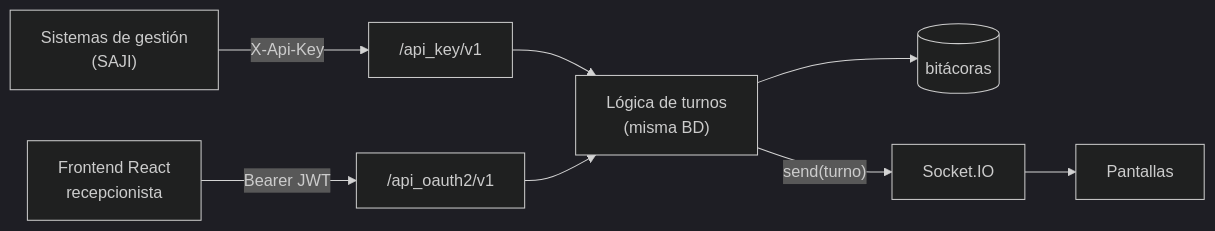
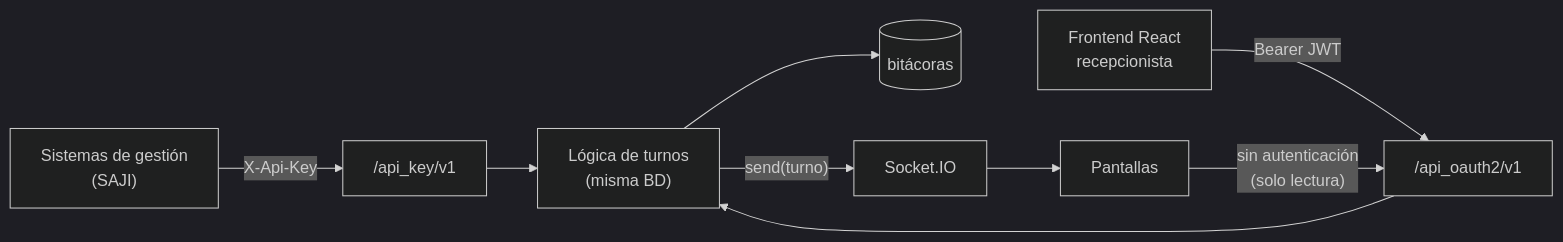
One commit to PJECZ/pjecz-tauro-flask changed the diagram in docs/03-apis.md. Above: the diagram before and after it, drawn with Mermaid (dark theme). The commit also changed other lines of this file and 4 other files, not shown here.

````diff
--- a/docs/03-apis.md
+++ b/docs/03-apis.md
@@ -5,9 +10,10 @@
 ```mermaid
 flowchart LR
     G["Sistemas de gestión<br/>(SAJI)"] -- "X-Api-Key" --> AK["/api_key/v1"]
     F["Frontend React<br/>recepcionista"] -- "Bearer JWT" --> AO["/api_oauth2/v1"]
+    PA["Pantallas"] -- "sin autenticación<br/>(solo lectura)" --> AO
     AK & AO --> L["Lógica de turnos<br/>(misma BD)"]
     L --> B[(bitácoras)]
     L -- "send(turno)" --> S["Socket.IO"]
-    S --> P["Pantallas"]
+    S --> PA
 ```
````
